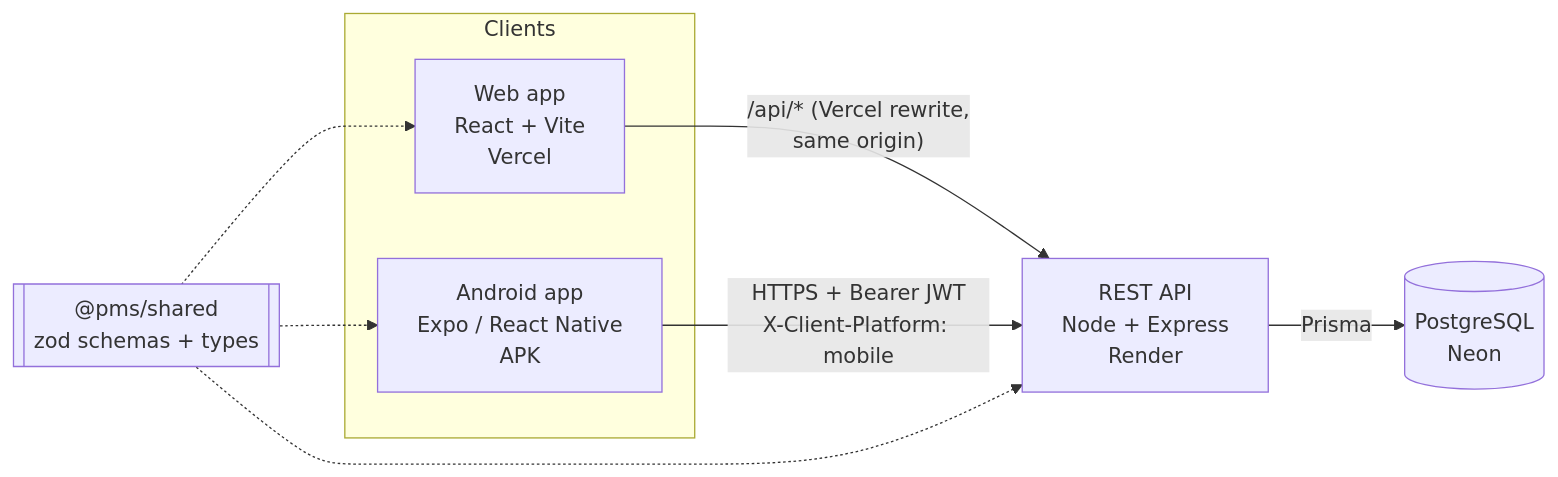
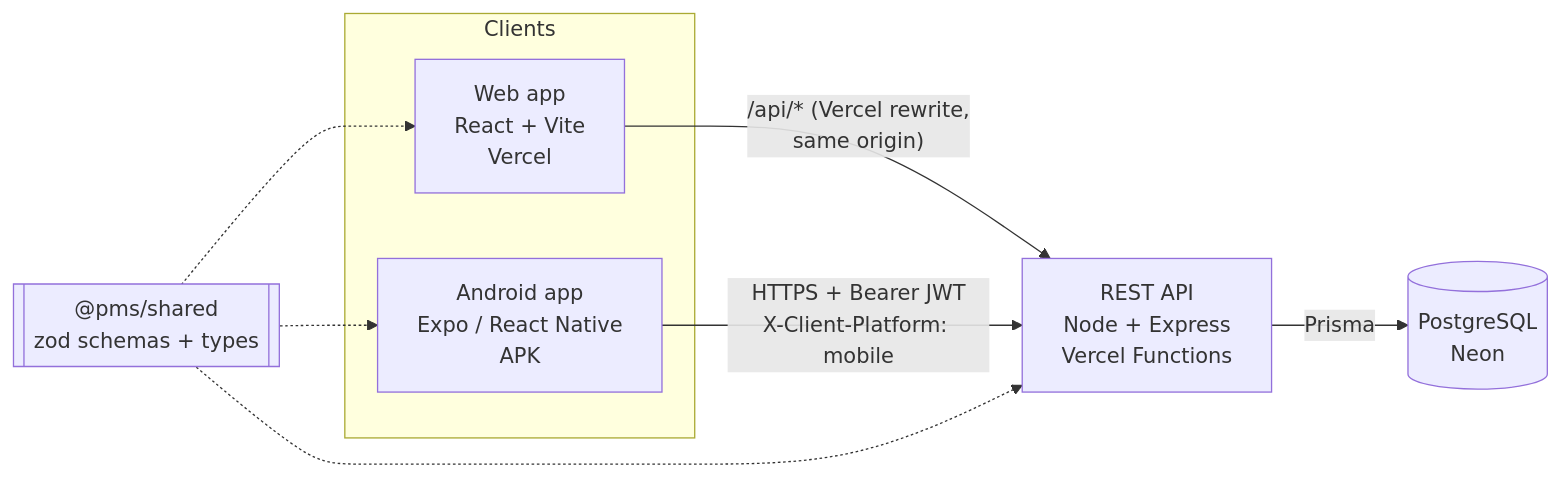
One commit to pronov06/projectflow changed the diagram in docs/DECISIONS.md. Above: the diagram before and after it, drawn with Mermaid. The commit also changed other lines of this file and 17 other files, not shown here.

First line of the commit message:
feat(deploy): host the API on Vercel Functions alongside the web app

````diff
--- a/docs/DECISIONS.md
+++ b/docs/DECISIONS.md
@@ -7,13 +7,13 @@
 ```mermaid
 flowchart LR
   subgraph Clients
     W[Web app<br/>React + Vite<br/>Vercel]
     M[Android app<br/>Expo / React Native<br/>APK]
   end
   W -- "/api/* (Vercel rewrite,<br/>same origin)" --> A
   M -- "HTTPS + Bearer JWT<br/>X-Client-Platform: mobile" --> A
-  A[REST API<br/>Node + Express<br/>Render] -- Prisma --> D[(PostgreSQL<br/>Neon)]
+  A[REST API<br/>Node + Express<br/>Vercel Functions] -- Prisma --> D[(PostgreSQL<br/>Neon)]
   S[["@pms/shared<br/>zod schemas + types"]] -.-> W
   S -.-> M
   S -.-> A
 ```
````
